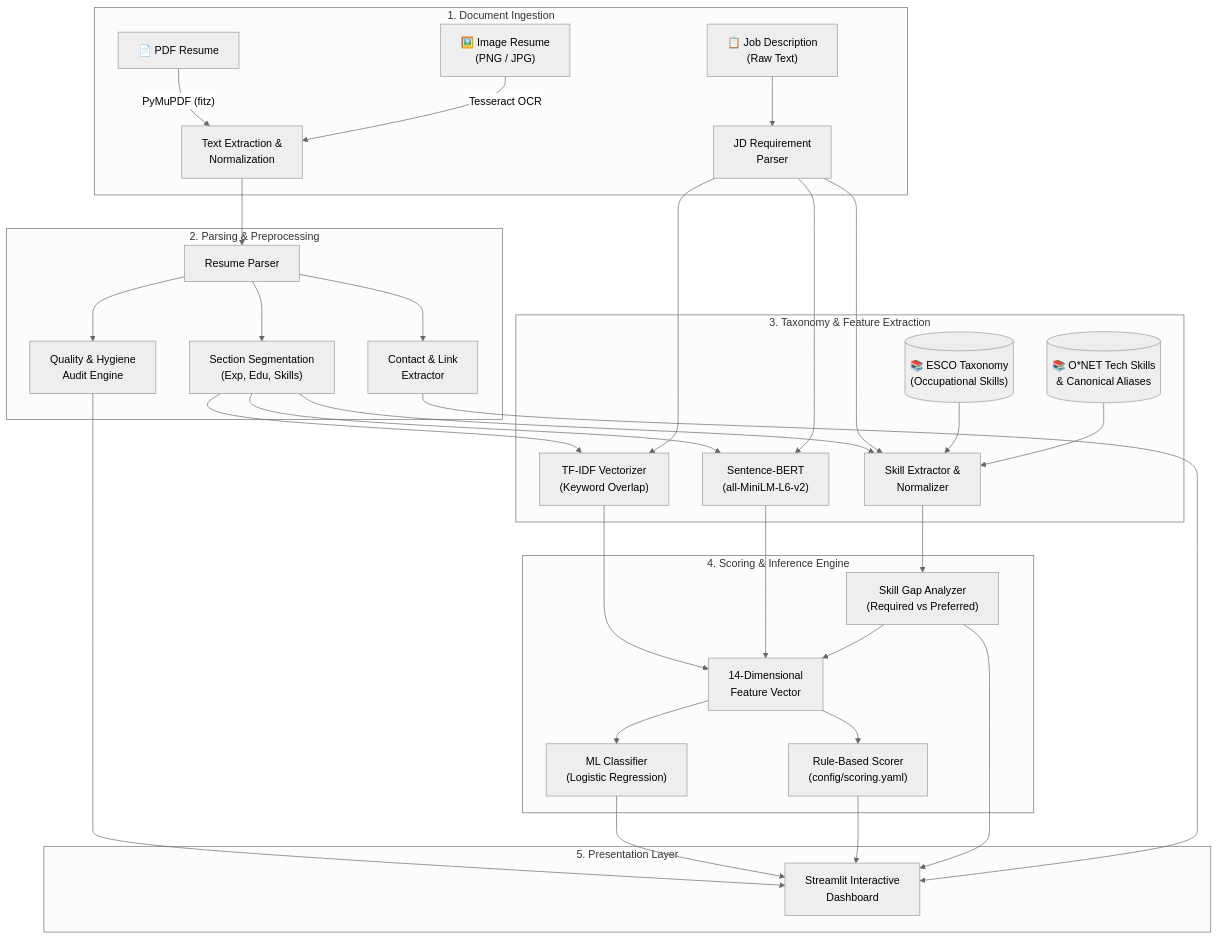
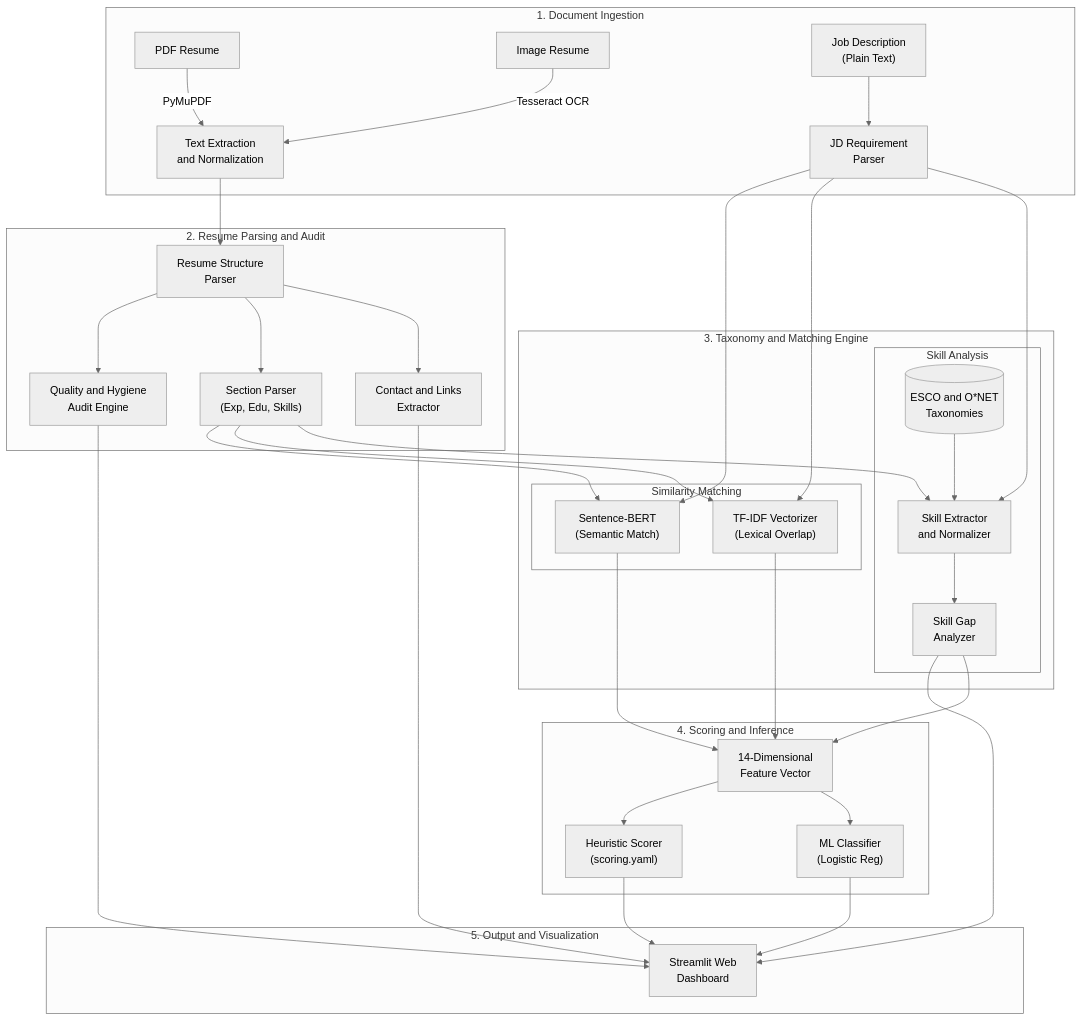
Before and after one commit to adreejaa-dash/ai-resume-analyzer: the diagram in README.md, drawn with Mermaid (neutral theme).

Commit message:
fix(docs): resolve Mermaid text truncation by restructuring subgraphs and removing emoji width mismatches

````diff
--- a/README.md
+++ b/README.md
@@ -82,46 +82,46 @@
 ```mermaid
 flowchart TD
-    subgraph Ingestion["1. Document Ingestion"]
-        PDF["📄 PDF Resume"] -->|"PyMuPDF (fitz)"| TXT1["Text Extraction &<br/>Normalization"]
-        IMG["🖼️ Image Resume<br/>(PNG / JPG)"] -->|"Tesseract OCR"| TXT1
-        JD["📋 Job Description<br/>(Raw Text)"] --> TXT2["JD Requirement<br/>Parser"]
+    subgraph S1["1. Document Ingestion"]
+        PDF["PDF Resume"] -->|"PyMuPDF"| NORM["Text Extraction<br/>and Normalization"]
+        IMG["Image Resume"] -->|"Tesseract OCR"| NORM
+        JD["Job Description<br/>(Plain Text)"] --> JDP["JD Requirement<br/>Parser"]
     end
 
-    subgraph Parsing["2. Parsing & Preprocessing"]
-        TXT1 --> RP["Resume Parser"]
-        RP --> CONT["Contact & Link<br/>Extractor"]
-        RP --> SECT["Section Segmentation<br/>(Exp, Edu, Skills)"]
-        RP --> QUAL["Quality & Hygiene<br/>Audit Engine"]
+    subgraph S2["2. Resume Parsing and Audit"]
+        NORM --> RP["Resume Structure<br/>Parser"]
+        RP --> CONT["Contact and Links<br/>Extractor"]
+        RP --> SECT["Section Parser<br/>(Exp, Edu, Skills)"]
+        RP --> QUAL["Quality and Hygiene<br/>Audit Engine"]
     end
 
-    subgraph FeatureExtraction["3. Taxonomy & Feature Extraction"]
-        SECT --> SKILL["Skill Extractor &<br/>Normalizer"]
-        TXT2 --> SKILL
-        ESCO[("📚 ESCO Taxonomy<br/>(Occupational Skills)")] --> SKILL
-        ONET[("📚 O*NET Tech Skills<br/>& Canonical Aliases")] --> SKILL
-        
-        SECT --> TFIDF["TF-IDF Vectorizer<br/>(Keyword Overlap)"]
-        TXT2 --> TFIDF
-        
-        SECT --> SBERT["Sentence-BERT<br/>(all-MiniLM-L6-v2)"]
-        TXT2 --> SBERT
+    subgraph S3["3. Taxonomy and Matching Engine"]
+        subgraph S3A["Skill Analysis"]
+            TAX[("ESCO and O*NET<br/>Taxonomies")] --> SKILL["Skill Extractor<br/>and Normalizer"]
+            SECT --> SKILL
+            JDP --> SKILL
+            SKILL --> GAP["Skill Gap<br/>Analyzer"]
+        end
+        subgraph S3B["Similarity Matching"]
+            SECT --> TFIDF["TF-IDF Vectorizer<br/>(Lexical Overlap)"]
+            JDP --> TFIDF
+            SECT --> SBERT["Sentence-BERT<br/>(Semantic Match)"]
+            JDP --> SBERT
+        end
     end
 
-    subgraph Scoring["4. Scoring & Inference Engine"]
-        SKILL --> GAP["Skill Gap Analyzer<br/>(Required vs Preferred)"]
-        TFIDF --> FV["14-Dimensional<br/>Feature Vector"]
+    subgraph S4["4. Scoring and Inference"]
+        GAP --> FV["14-Dimensional<br/>Feature Vector"]
+        TFIDF --> FV
         SBERT --> FV
-        GAP --> FV
-        
-        FV --> ML["ML Classifier<br/>(Logistic Regression)"]
-        FV --> HEUR["Rule-Based Scorer<br/>(config/scoring.yaml)"]
+        FV --> ML["ML Classifier<br/>(Logistic Reg)"]
+        FV --> HEUR["Heuristic Scorer<br/>(scoring.yaml)"]
     end
 
-    subgraph Presentation["5. Presentation Layer"]
-        QUAL --> DASH["Streamlit Interactive<br/>Dashboard"]
+    subgraph S5["5. Output and Visualization"]
+        QUAL --> DASH["Streamlit Web<br/>Dashboard"]
         ML --> DASH
         HEUR --> DASH
         GAP --> DASH
         CONT --> DASH
     end
 ```
````
